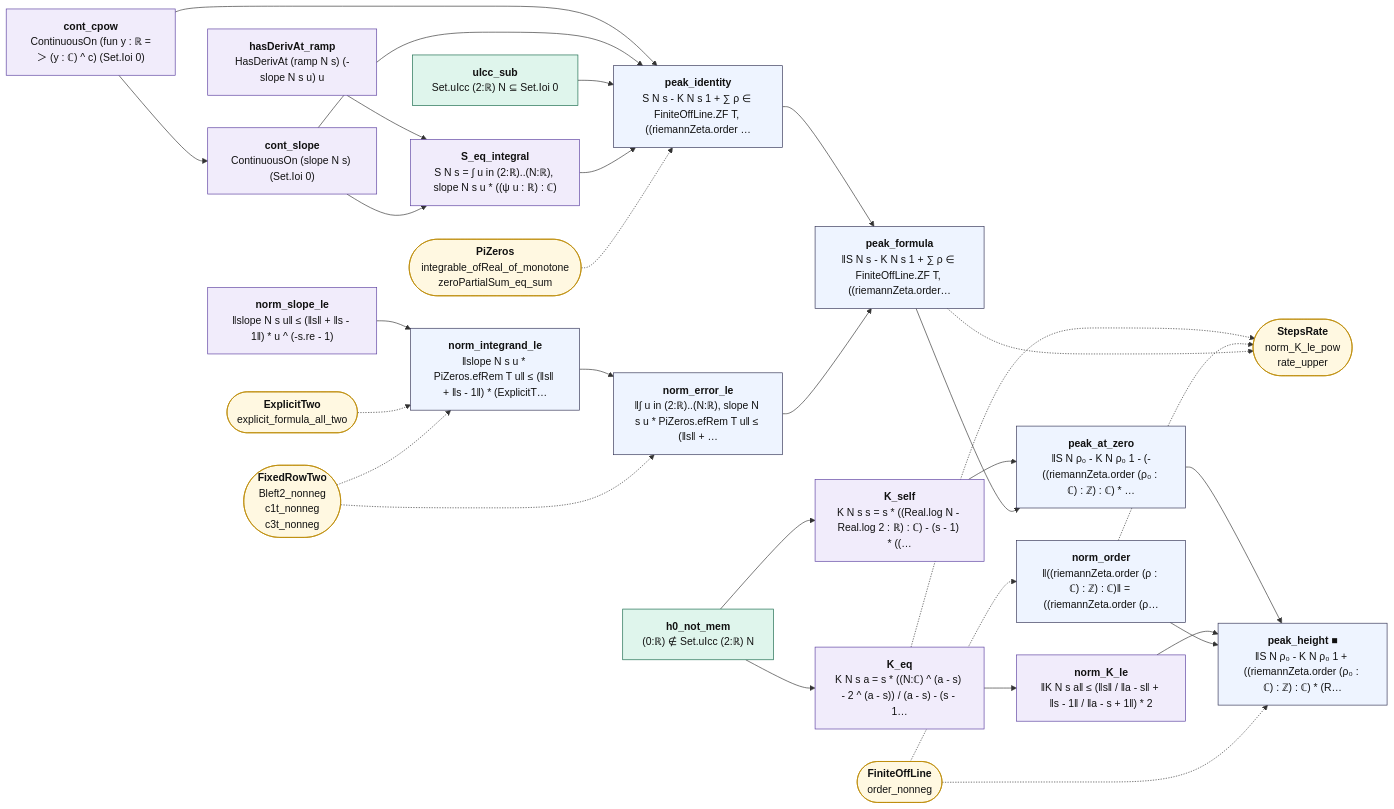
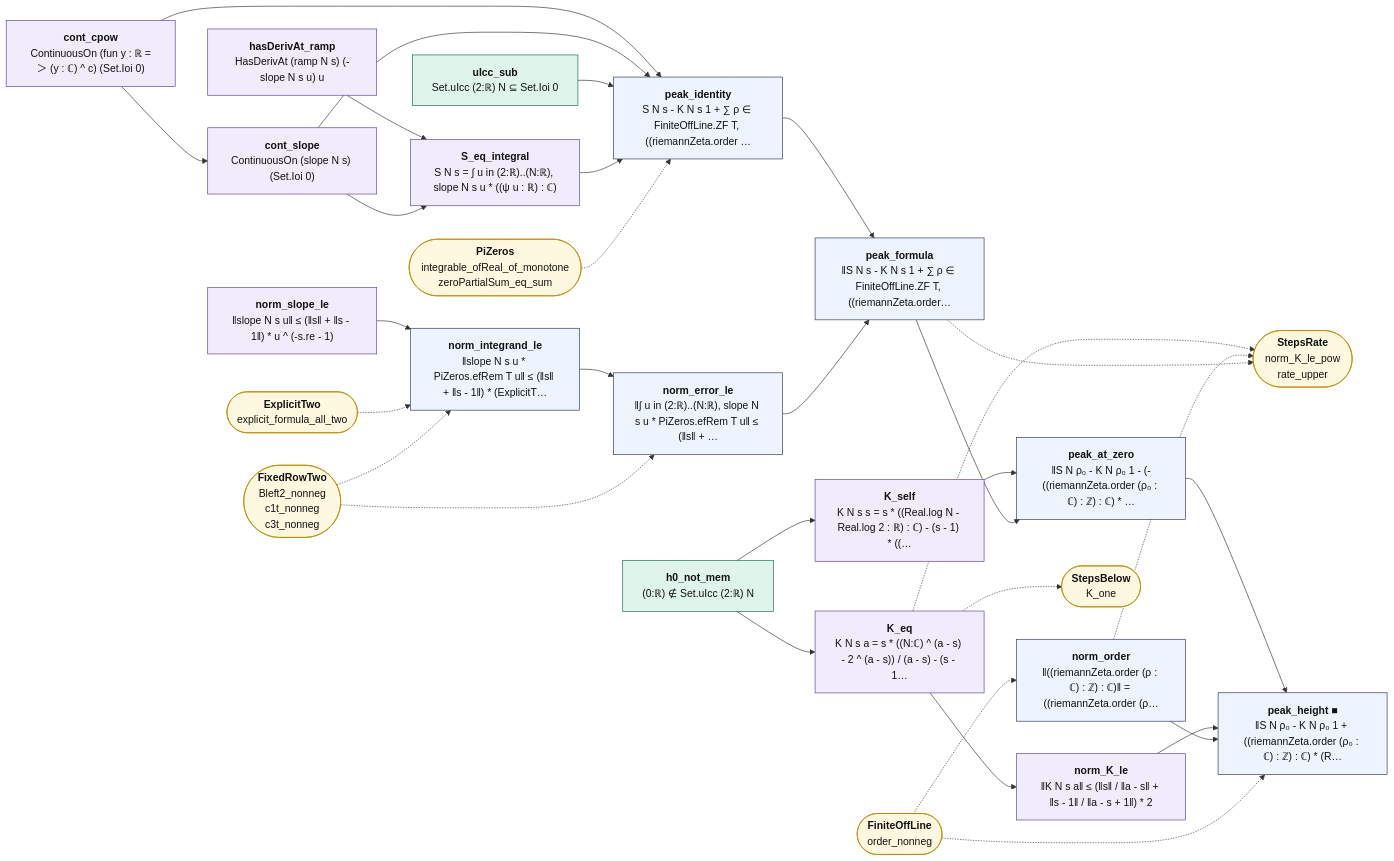
The diagram in map/lean_stage3/StepsPeak.mmd (juliansambranojr/Primebeat_081426), drawn with Mermaid before and after one commit. The commit also changed 32 other files, not shown here.

```diff
--- a/map/lean_stage3/StepsPeak.mmd
+++ b/map/lean_stage3/StepsPeak.mmd
@@ -1,59 +1,61 @@
 flowchart LR
   n0["<b>hasDerivAt_ramp</b><br/>HasDerivAt (ramp N s) (-slope N s u) u"]:::shp
   n1["<b>cont_cpow</b><br/>ContinuousOn (fun y : ℝ =＞ (y : ℂ) ^ c) (Set.Ioi 0)"]:::shp
   n2["<b>cont_slope</b><br/>ContinuousOn (slope N s) (Set.Ioi 0)"]:::shp
   n3["<b>uIcc_sub</b><br/>Set.uIcc (2:ℝ) N ⊆ Set.Ioi 0"]:::cnt
   n4["<b>S_eq_integral</b><br/>S N s = ∫ u in (2:ℝ)..(N:ℝ), slope N s u * ((ψ u : ℝ) : ℂ)"]:::shp
   n5["<b>peak_identity</b><br/>S N s - K N s 1 + ∑ ρ ∈ FiniteOffLine.ZF T, ((riemannZeta.order …"]:::thm
   n6["<b>norm_slope_le</b><br/>‖slope N s u‖ ≤ (‖s‖ + ‖s - 1‖) * u ^ (-s.re - 1)"]:::shp
   n7["<b>norm_integrand_le</b><br/>‖slope N s u * PiZeros.efRem T u‖ ≤ (‖s‖ + ‖s - 1‖) * (ExplicitT…"]:::thm
   n8["<b>norm_error_le</b><br/>‖∫ u in (2:ℝ)..(N:ℝ), slope N s u * PiZeros.efRem T u‖ ≤ (‖s‖ + …"]:::thm
   n9["<b>peak_formula</b><br/>‖S N s - K N s 1 + ∑ ρ ∈ FiniteOffLine.ZF T, ((riemannZeta.order…"]:::thm
   n10["<b>h0_not_mem</b><br/>(0:ℝ) ∉ Set.uIcc (2:ℝ) N"]:::cnt
   n11["<b>K_eq</b><br/>K N s a = s * ((N:ℂ) ^ (a - s) - 2 ^ (a - s)) / (a - s) - (s - 1…"]:::shp
   n12["<b>K_self</b><br/>K N s s = s * ((Real.log N - Real.log 2 : ℝ) : ℂ) - (s - 1) * ((…"]:::shp
   n13["<b>peak_at_zero</b><br/>‖S N ρ₀ - K N ρ₀ 1 - (-((riemannZeta.order (ρ₀ : ℂ) : ℤ) : ℂ) * …"]:::thm
   n14["<b>norm_K_le</b><br/>‖K N s a‖ ≤ (‖s‖ / ‖a - s‖ + ‖s - 1‖ / ‖a - s + 1‖) * 2"]:::shp
   n15["<b>norm_order</b><br/>‖((riemannZeta.order (ρ : ℂ) : ℤ) : ℂ)‖ = ((riemannZeta.order (ρ…"]:::thm
   n16["<b>peak_height ■</b><br/>‖S N ρ₀ - K N ρ₀ 1 + ((riemannZeta.order (ρ₀ : ℂ) : ℤ) : ℂ) * (R…"]:::thm
   x0(["<b>PiZeros</b><br/>integrable_ofReal_of_monotone<br/>zeroPartialSum_eq_sum"]):::ext
   x1(["<b>ExplicitTwo</b><br/>explicit_formula_all_two"]):::ext
   x2(["<b>FixedRowTwo</b><br/>Bleft2_nonneg<br/>c1t_nonneg<br/>c3t_nonneg"]):::ext
   x3(["<b>StepsRate</b><br/>norm_K_le_pow<br/>rate_upper"]):::ext
-  x4(["<b>FiniteOffLine</b><br/>order_nonneg"]):::ext
+  x4(["<b>StepsBelow</b><br/>K_one"]):::ext
+  x5(["<b>FiniteOffLine</b><br/>order_nonneg"]):::ext
   n0 --> n4
   n1 --> n2
   n1 --> n5
   n10 --> n11
   n10 --> n12
   n11 --> n14
   n12 --> n13
   n13 --> n16
   n14 --> n16
   n15 --> n16
   n2 --> n4
   n2 --> n5
   n3 --> n5
   n4 --> n5
   n5 --> n9
   n6 --> n7
   n7 --> n8
   n8 --> n9
   n9 --> n13
   n11 -.-> x3
+  n11 -.-> x4
   n15 -.-> x3
   n9 -.-> x3
   x0 -.-> n5
   x1 -.-> n7
   x2 -.-> n7
   x2 -.-> n8
-  x4 -.-> n15
-  x4 -.-> n16
+  x5 -.-> n15
+  x5 -.-> n16
   classDef cnt fill:#dff5ec,stroke:#17694a,color:#111
   classDef shp fill:#f1ecfb,stroke:#5b3fa0,color:#111
   classDef rh fill:#ffe5e5,stroke:#c22,color:#111,stroke-width:2px
   classDef thm fill:#eef4ff,stroke:#335,color:#111
   classDef end_ fill:#e7f7e7,stroke:#2a7,color:#111,stroke-width:2px
   classDef lone fill:#fff,stroke:#999,color:#111,stroke-dasharray:4 3
   classDef bad fill:#ffe5e5,stroke:#c22,color:#111,stroke-width:2px
   classDef ext fill:#fff8e1,stroke:#b80,color:#111
```
